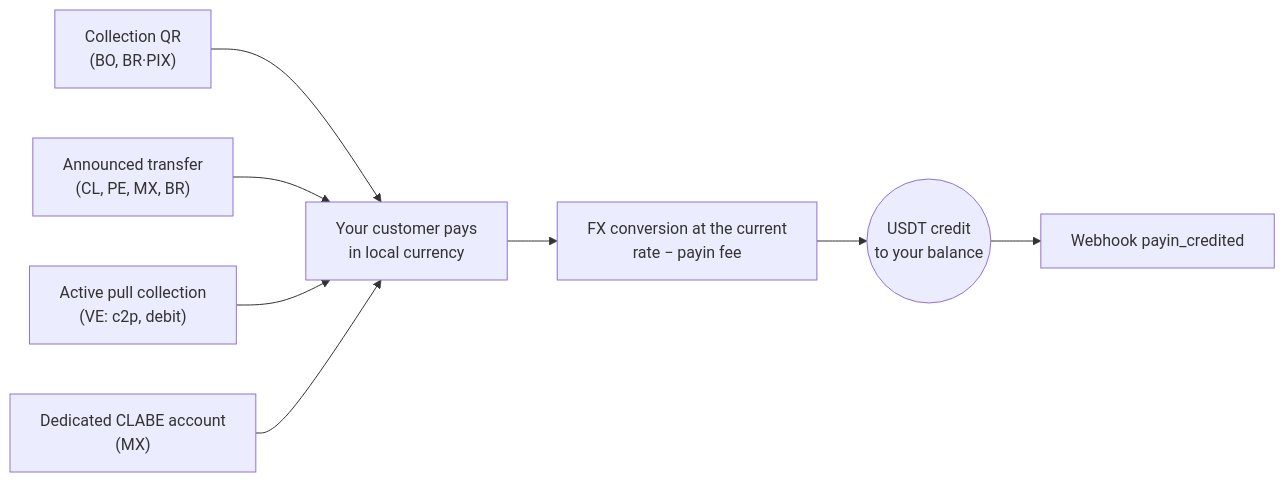
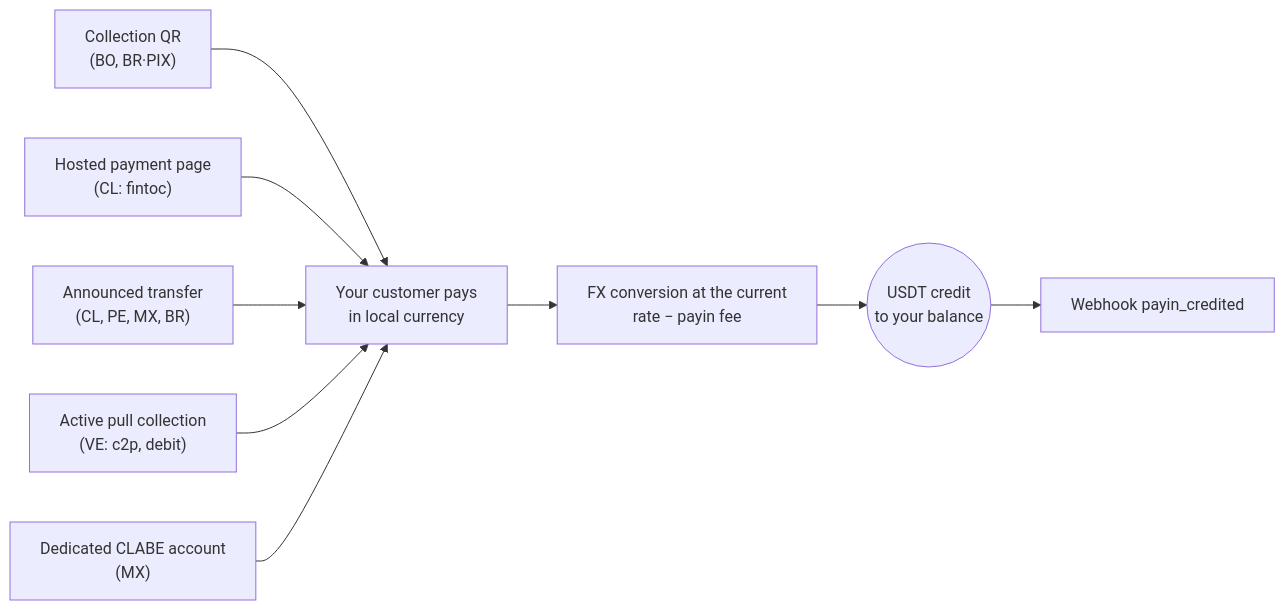
The diagram in en/guides/payins.mdx (SaturoS17/docs), drawn with Mermaid before and after one commit. The commit also changed other lines of this file and 7 other files, not shown here.

Commit message:
docs: Chile hosted payment page payin (method fintoc) with payment_url

````diff
--- a/en/guides/payins.mdx
+++ b/en/guides/payins.mdx
@@ -13,10 +13,11 @@
 ```mermaid
 flowchart LR
     qr["Collection QR<br/>(BO, BR·PIX)"] --> pay["Your customer pays<br/>in local currency"]
+    hosted["Hosted payment page<br/>(CL: fintoc)"] --> pay
     announced["Announced transfer<br/>(CL, PE, MX, BR)"] --> pay
     pull["Active pull collection<br/>(VE: c2p, debit)"] --> pay
     clabe["Dedicated CLABE account<br/>(MX)"] --> pay
     pay --> conv["FX conversion at the current<br/>rate − payin fee"]
     conv --> credit(("USDT credit<br/>to your balance"))
     credit --> wh["Webhook payin_credited"]
 ```
````
